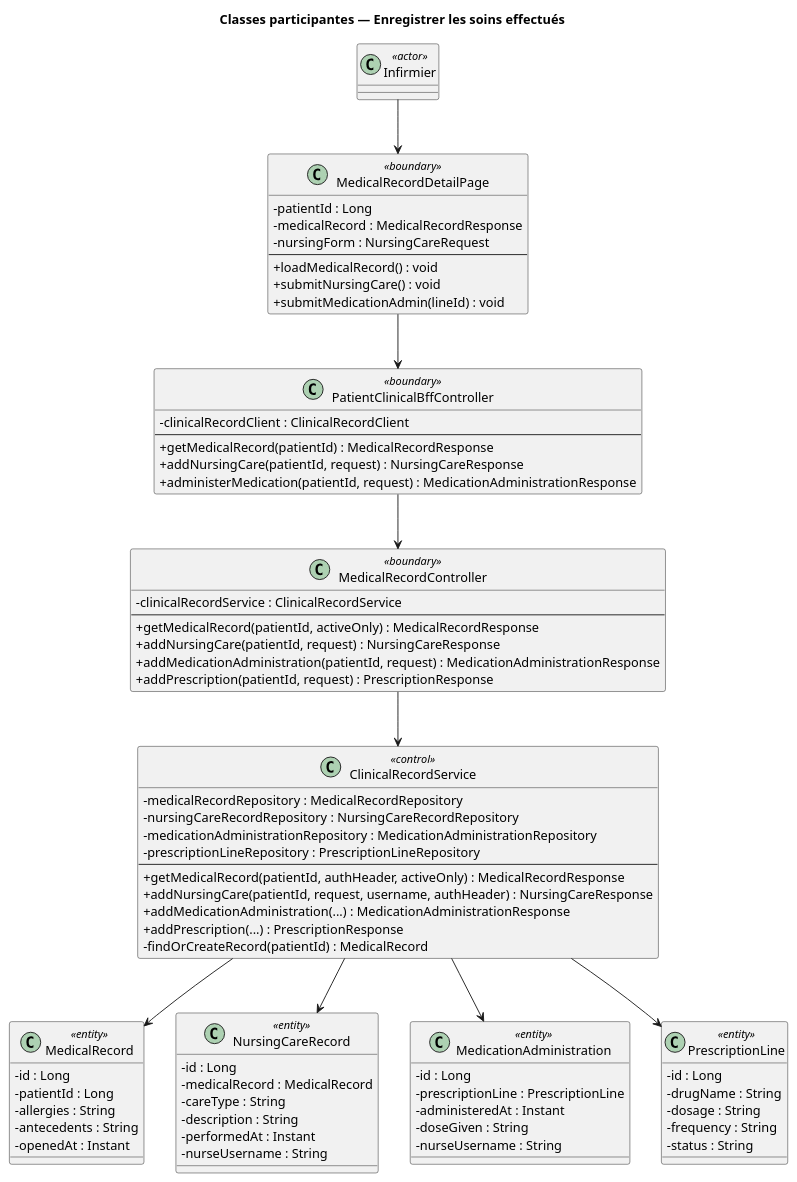
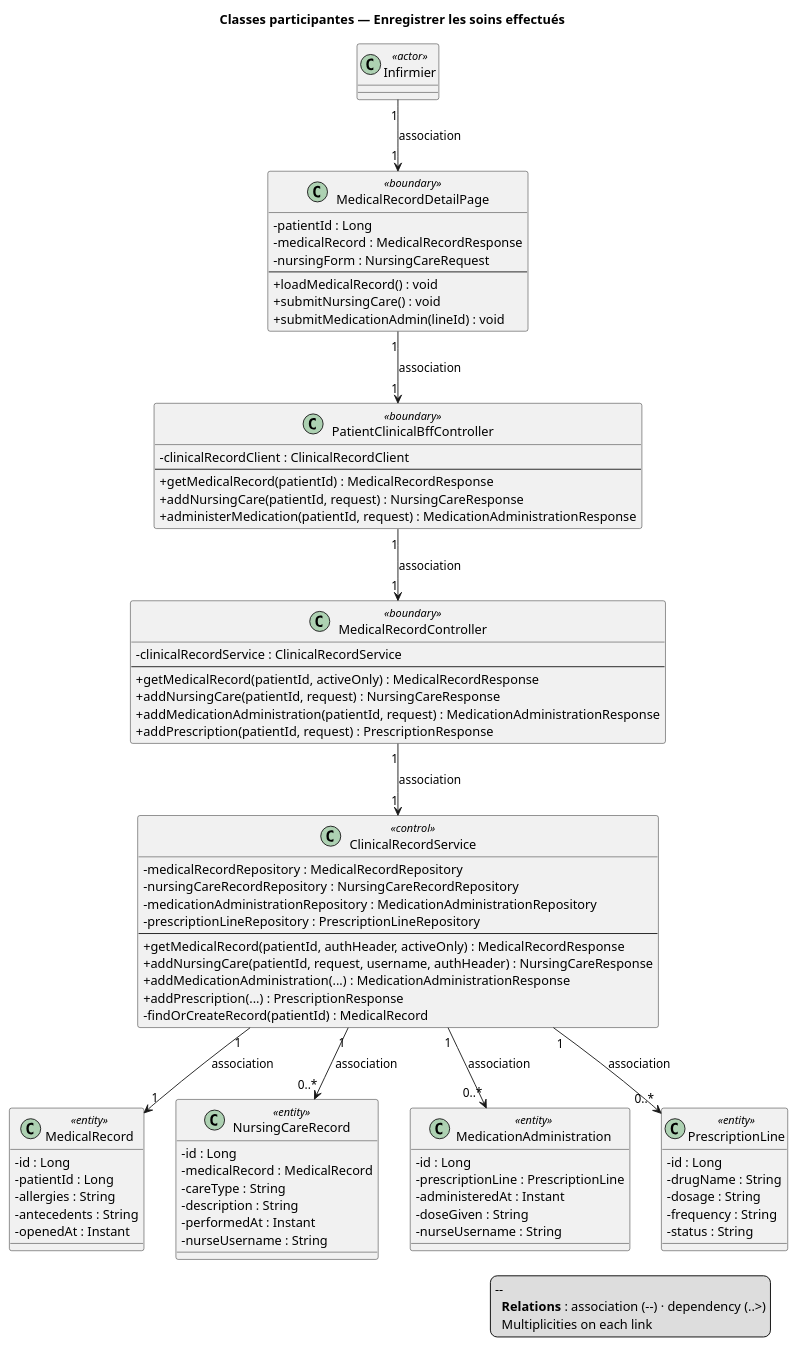
Before and after one commit to MechackKasongo/afya: the diagram in docs/plantuml/class_participantes_et_activite/CLASSES_PARTICIPANTES_SOINS.puml, drawn with PlantUML. The commit also changed 42 other files, not shown here.

First line of the commit message:
docs: consolider les diagrammes UML et corriger la syntaxe PlantUML

```diff
--- a/docs/plantuml/class_participantes_et_activite/CLASSES_PARTICIPANTES_SOINS.puml
+++ b/docs/plantuml/class_participantes_et_activite/CLASSES_PARTICIPANTES_SOINS.puml
@@ -1,91 +1,96 @@
 @startuml CLASSES_PARTICIPANTES_SOINS
 title "Classes participantes — Enregistrer les soins effectués"
 
 skinparam classAttributeIconSize 0
 
 class Infirmier <<actor>>
 
 class MedicalRecordDetailPage <<boundary>> {
   - patientId : Long
   - medicalRecord : MedicalRecordResponse
   - nursingForm : NursingCareRequest
   --
   + loadMedicalRecord() : void
   + submitNursingCare() : void
   + submitMedicationAdmin(lineId) : void
 }
 
 class PatientClinicalBffController <<boundary>> {
   - clinicalRecordClient : ClinicalRecordClient
   --
   + getMedicalRecord(patientId) : MedicalRecordResponse
   + addNursingCare(patientId, request) : NursingCareResponse
   + administerMedication(patientId, request) : MedicationAdministrationResponse
 }
 
 class MedicalRecordController <<boundary>> {
   - clinicalRecordService : ClinicalRecordService
   --
   + getMedicalRecord(patientId, activeOnly) : MedicalRecordResponse
   + addNursingCare(patientId, request) : NursingCareResponse
   + addMedicationAdministration(patientId, request) : MedicationAdministrationResponse
   + addPrescription(patientId, request) : PrescriptionResponse
 }
 
 class ClinicalRecordService <<control>> {
   - medicalRecordRepository : MedicalRecordRepository
   - nursingCareRecordRepository : NursingCareRecordRepository
   - medicationAdministrationRepository : MedicationAdministrationRepository
   - prescriptionLineRepository : PrescriptionLineRepository
   --
   + getMedicalRecord(patientId, authHeader, activeOnly) : MedicalRecordResponse
   + addNursingCare(patientId, request, username, authHeader) : NursingCareResponse
   + addMedicationAdministration(...) : MedicationAdministrationResponse
   + addPrescription(...) : PrescriptionResponse
   - findOrCreateRecord(patientId) : MedicalRecord
 }
 
 class MedicalRecord <<entity>> {
   - id : Long
   - patientId : Long
   - allergies : String
   - antecedents : String
   - openedAt : Instant
 }
 
 class NursingCareRecord <<entity>> {
   - id : Long
   - medicalRecord : MedicalRecord
   - careType : String
   - description : String
   - performedAt : Instant
   - nurseUsername : String
 }
 
 class MedicationAdministration <<entity>> {
   - id : Long
   - prescriptionLine : PrescriptionLine
   - administeredAt : Instant
   - doseGiven : String
   - nurseUsername : String
 }
 
 class PrescriptionLine <<entity>> {
   - id : Long
   - drugName : String
   - dosage : String
   - frequency : String
   - status : String
 }
 
-Infirmier --> MedicalRecordDetailPage
-MedicalRecordDetailPage --> PatientClinicalBffController
-PatientClinicalBffController --> MedicalRecordController
-MedicalRecordController --> ClinicalRecordService
+Infirmier "1" --> "1" MedicalRecordDetailPage : association
+MedicalRecordDetailPage "1" --> "1" PatientClinicalBffController : association
+PatientClinicalBffController "1" --> "1" MedicalRecordController : association
+MedicalRecordController "1" --> "1" ClinicalRecordService : association
+ClinicalRecordService "1" --> "1" MedicalRecord : association
+ClinicalRecordService "1" --> "0..*" NursingCareRecord : association
+ClinicalRecordService "1" --> "0..*" MedicationAdministration : association
+ClinicalRecordService "1" --> "0..*" PrescriptionLine : association
 
-ClinicalRecordService --> MedicalRecord
-ClinicalRecordService --> NursingCareRecord
-ClinicalRecordService --> MedicationAdministration
-ClinicalRecordService --> PrescriptionLine
+legend right
+--
+  **Relations** : association (--) · dependency (..>)
+  Multiplicities on each link
+endlegend
 
 @enduml
```
